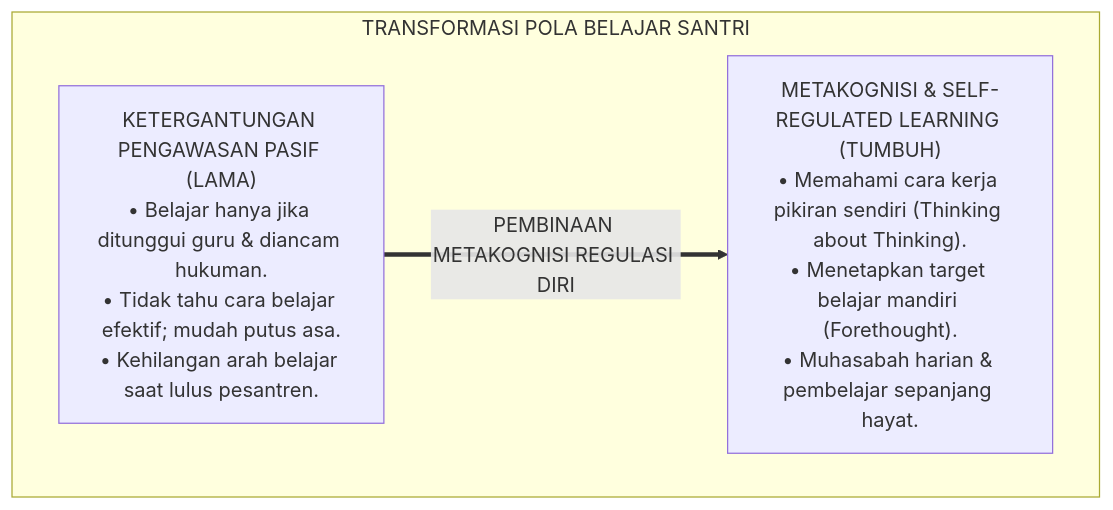
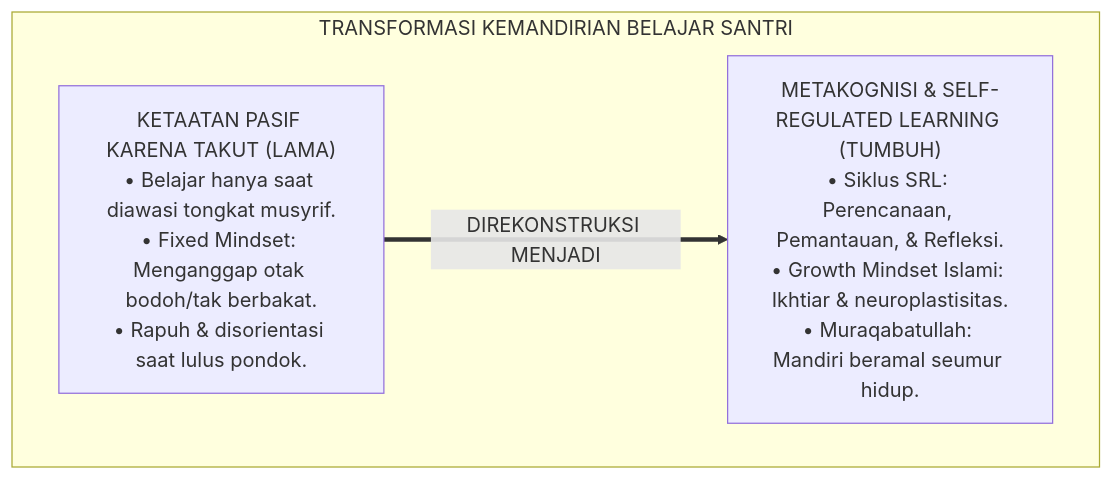
One commit to wandiapriliyandi/tumbuh changed the first of 3 diagrams in 02 Principles/03 Learning Principles/P2-03-03-Prinsip-Metakognisi-dan-Kemandirian-Santri.md. Above: the diagram before and after it, drawn with Mermaid. The commit also changed other lines of this file and 6 other files, not shown here.

````diff
--- a/02 Principles/03 Learning Principles/P2-03-03-Prinsip-Metakognisi-dan-Kemandirian-Santri.md
+++ b/02 Principles/03 Learning Principles/P2-03-03-Prinsip-Metakognisi-dan-Kemandirian-Santri.md
@@ -61,10 +56,10 @@
 ```mermaid
 flowchart TD
-    subgraph TransformasiKemandirianSantri["TRANSFORMASI POLA BELAJAR SANTRI"]
-        Pasif["KETERGANTUNGAN PENGAWASAN PASIF (LAMA)<br/>• Belajar hanya jika ditunggui guru & diancam hukuman.<br/>• Tidak tahu cara belajar efektif; mudah putus asa.<br/>• Kehilangan arah belajar saat lulus pesantren."]
+    subgraph TransformasiKemandirianSantri["TRANSFORMASI KEMANDIRIAN BELAJAR SANTRI"]
+        PolaKetergantunganLama["KETAATAN PASIF KARENA TAKUT (LAMA)<br/>• Belajar hanya saat diawasi tongkat musyrif.<br/>• Fixed Mindset: Menganggap otak bodoh/tak berbakat.<br/>• Rapuh & disorientasi saat lulus pondok."]
         
-        MandiriTUMBUH["METAKOGNISI & SELF-REGULATED LEARNING (TUMBUH)<br/>• Memahami cara kerja pikiran sendiri (Thinking about Thinking).<br/>• Menetapkan target belajar mandiri (Forethought).<br/>• Muhasabah harian & pembelajar sepanjang hayat."]
+        PolaSRLTUMBUH["METAKOGNISI & SELF-REGULATED LEARNING (TUMBUH)<br/>• Siklus SRL: Perencanaan, Pemantauan, & Refleksi.<br/>• Growth Mindset Islami: Ikhtiar & neuroplastisitas.<br/>• Muraqabatullah: Mandiri beramal seumur hidup."]
         
-        Pasif ==>|PEMBINAAN METAKOGNISI REGULASI DIRI| MandiriTUMBUH
+        PolaKetergantunganLama ==>|DIREKONSTRUKSI MENJADI| PolaSRLTUMBUH
     end
 ```
````
